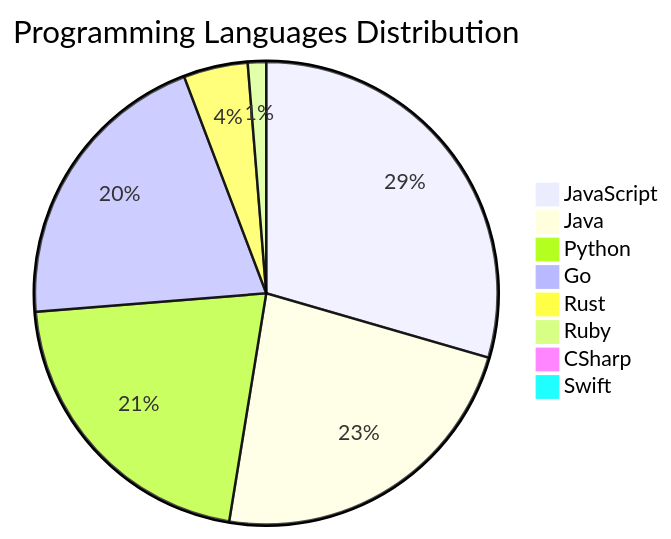
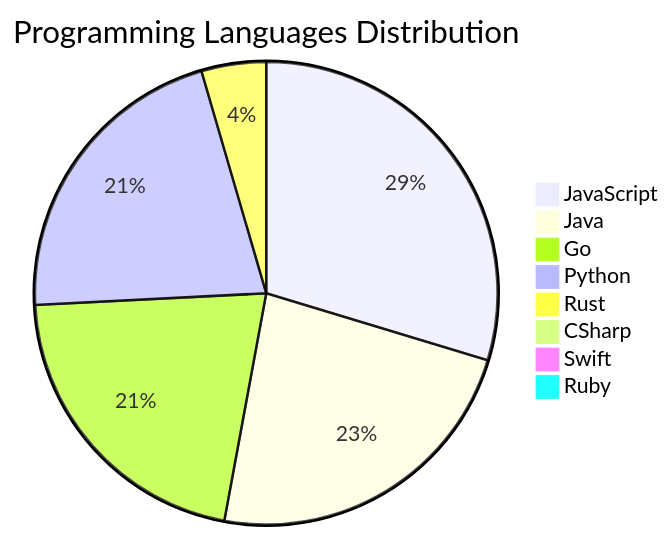
Before and after one commit to Derrick-MUGISHA/github-activity-bot: the diagram in README.md, drawn with Mermaid. The commit also changed other lines of this file and 4 other files, not shown here.

````diff
--- a/README.md
+++ b/README.md
@@ -209,11 +208,11 @@
 ```mermaid
 pie title Programming Languages Distribution
     "JavaScript" : 46
     "Java" : 36
+    "Go" : 33
     "Python" : 33
-    "Go" : 32
     "Rust" : 7
-    "Ruby" : 2
     "CSharp" : 1
     "Swift" : 1
+    "Ruby" : 1
 ```
````
